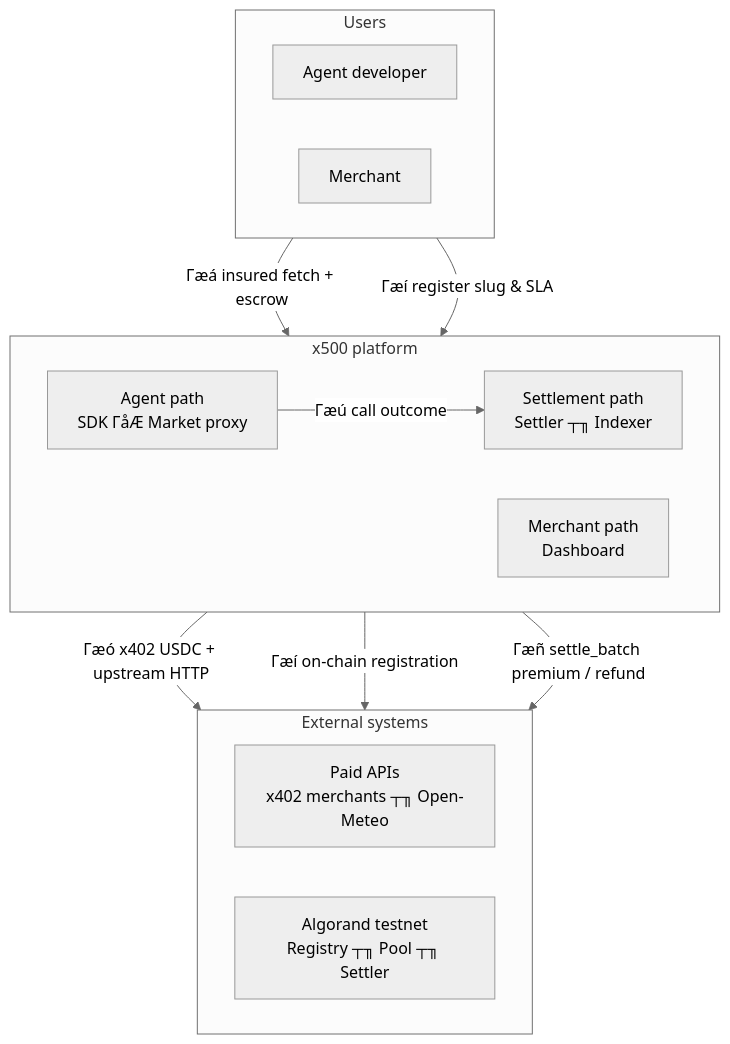
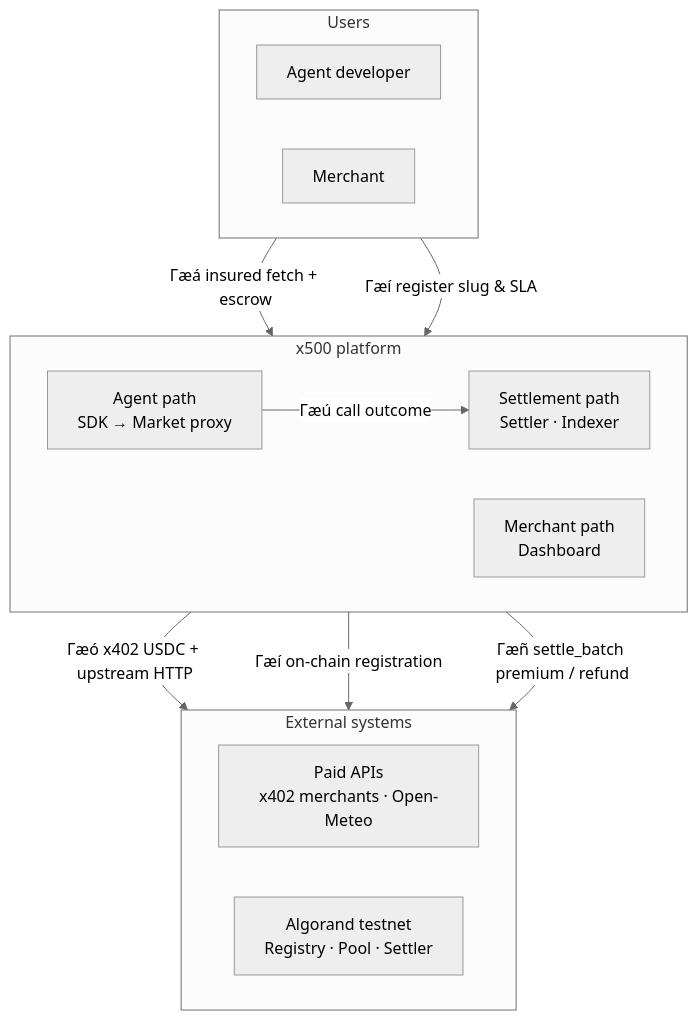
Before and after one commit to Marshal-AM/x500-algorand: the fifth of 7 diagrams in README.md, drawn with Mermaid (neutral theme). The commit also changed other lines of this file, not shown here.

````diff
--- a/README.md
+++ b/README.md
@@ -463,29 +463,29 @@
 ```mermaid
 flowchart TB
   subgraph users [Users]
     direction LR
     AD[Agent developer]
     MER[Merchant]
   end
 
   subgraph platform [x500 platform]
     direction LR
-    AGENT_PATH["Agent path<br/>SDK ΓåÆ Market proxy"]
+    AGENT_PATH["Agent path<br/>SDK → Market proxy"]
     MERCHANT_PATH["Merchant path<br/>Dashboard"]
-    SETTLE_PATH["Settlement path<br/>Settler ┬╖ Indexer"]
+    SETTLE_PATH["Settlement path<br/>Settler · Indexer"]
   end
 
   subgraph external [External systems]
     direction LR
-    APIS["Paid APIs<br/>x402 merchants ┬╖ Open-Meteo"]
-    CHAIN["Algorand testnet<br/>Registry ┬╖ Pool ┬╖ Settler"]
+    APIS["Paid APIs<br/>x402 merchants · Open-Meteo"]
+    CHAIN["Algorand testnet<br/>Registry · Pool · Settler"]
   end
 
   AD -->|"Γæá insured fetch + escrow"| AGENT_PATH
   MER -->|"Γæí register slug & SLA"| MERCHANT_PATH
 
   AGENT_PATH -->|"Γæó x402 USDC + upstream HTTP"| APIS
   AGENT_PATH -->|"Γæú call outcome"| SETTLE_PATH
   MERCHANT_PATH -->|"Γæí on-chain registration"| CHAIN
   SETTLE_PATH -->|"Γæñ settle_batch premium / refund"| CHAIN
 ```
````
